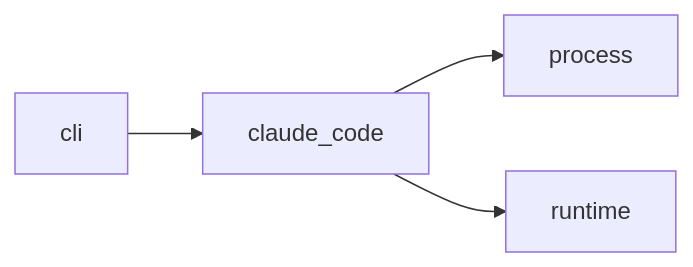
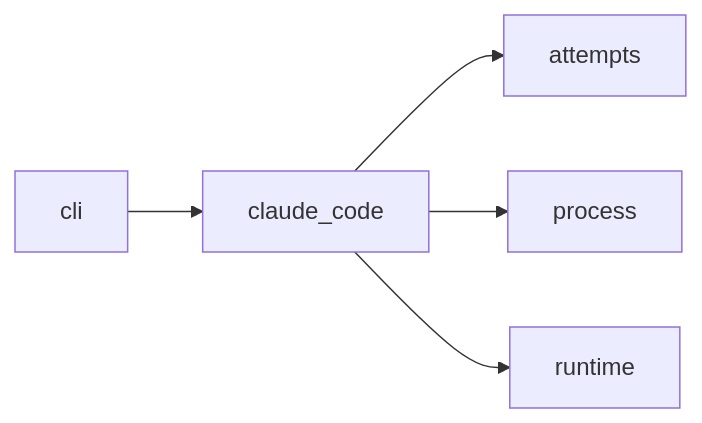
Before and after one commit to plaplanche/ariane: the diagram in docs/architecture/modules/claude_code.md, drawn with Mermaid. The commit also changed other lines of this file and 23 other files, not shown here.

````diff
--- a/docs/architecture/modules/claude_code.md
+++ b/docs/architecture/modules/claude_code.md
@@ -18,6 +20,7 @@
 ```mermaid
 flowchart LR
+  claude_code --> attempts
   claude_code --> process
   claude_code --> runtime
   cli --> claude_code
 ```
````
